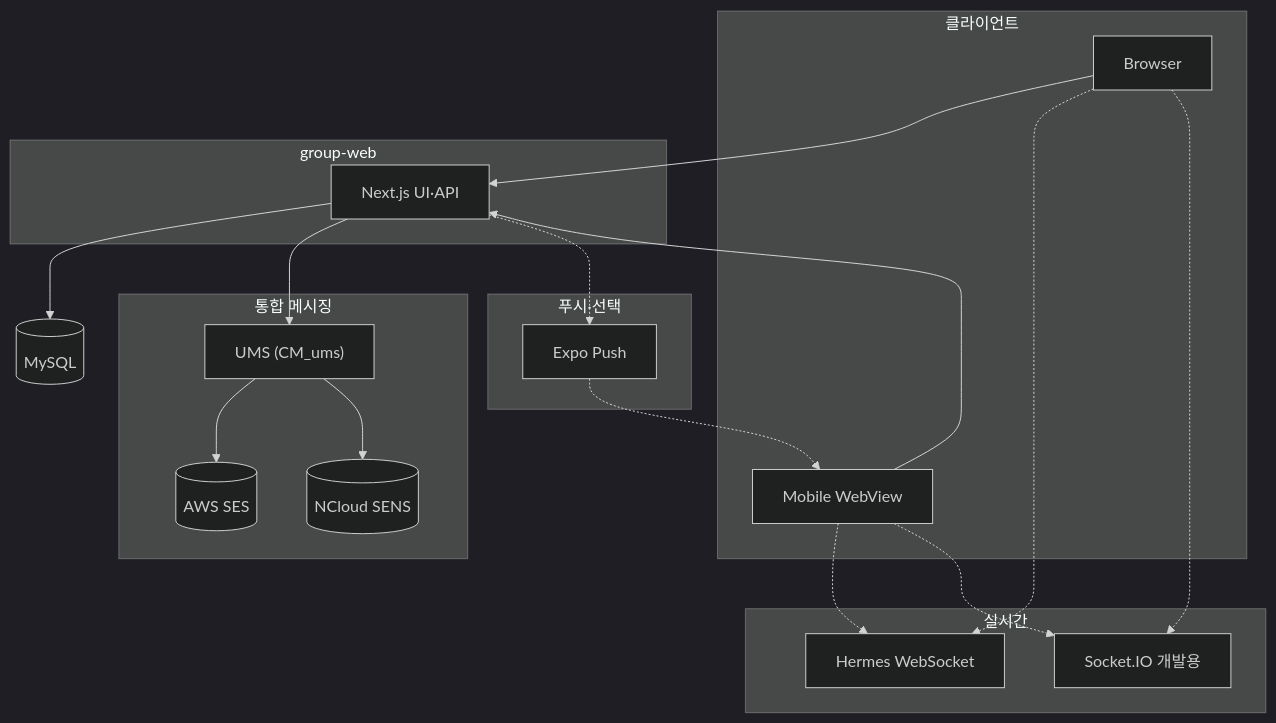
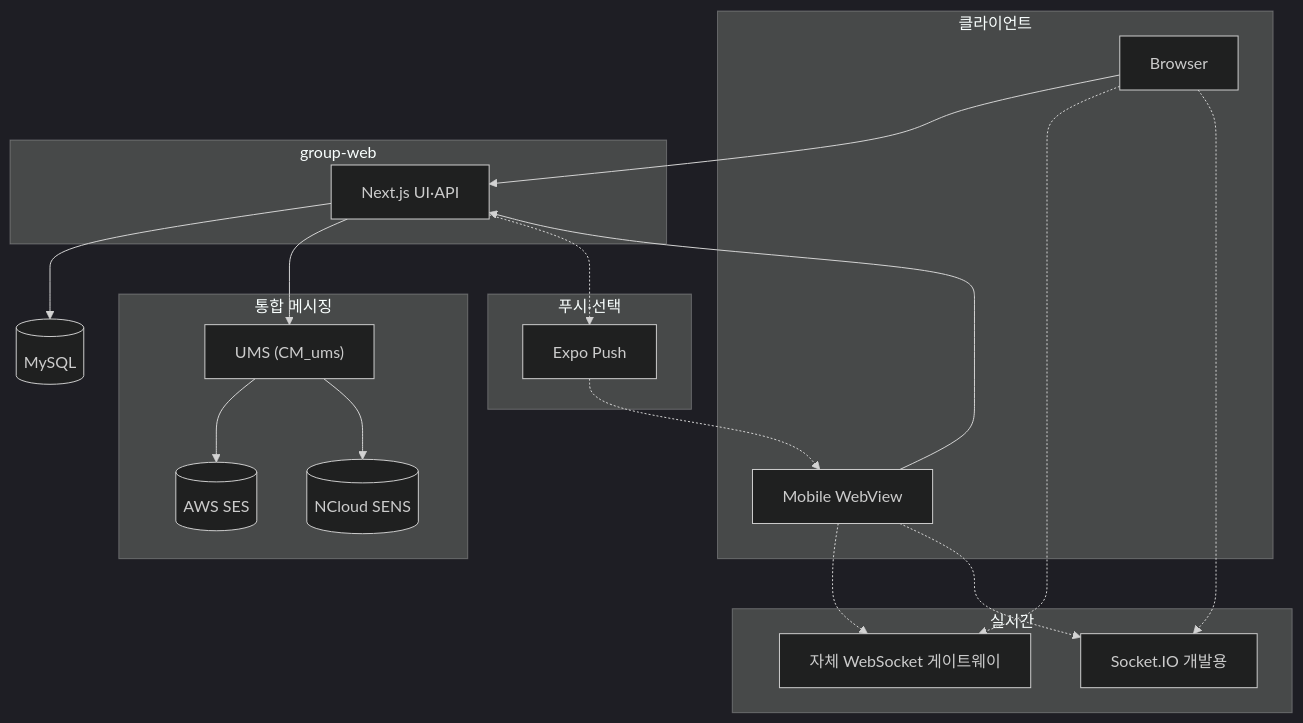
One commit to minhyukwang/minhyukwang changed the first of 5 diagrams in projects/team-collaboration.md. Above: the diagram before and after it, drawn with Mermaid (dark theme). The commit also changed other lines of this file and 3 other files, not shown here.

````diff
--- a/projects/team-collaboration.md
+++ b/projects/team-collaboration.md
@@ -35,35 +35,35 @@
 ```mermaid
 flowchart TB
   subgraph clients [클라이언트]
     Browser[Browser]
     Mobile[Mobile WebView]
   end
   subgraph app [group-web]
     NextJS[Next.js UI·API]
   end
   subgraph rt [실시간]
-    Hermes[Hermes WebSocket]
+    WsGw[자체 WebSocket 게이트웨이]
     Sock[Socket.IO 개발용]
   end
   subgraph umsLayer [통합 메시징]
     UMS["UMS (CM_ums)"]
     SES[(AWS SES)]
     SENS[(NCloud SENS)]
   end
   DB[(MySQL)]
   subgraph pushL [푸시·선택]
     Expo[Expo Push]
   end
   Browser --> NextJS
   Mobile --> NextJS
-  Browser -.-> Hermes
-  Mobile -.-> Hermes
+  Browser -.-> WsGw
+  Mobile -.-> WsGw
   Browser -.-> Sock
   Mobile -.-> Sock
   NextJS --> DB
   NextJS --> UMS
   UMS --> SES
   UMS --> SENS
   NextJS -.-> Expo
   Expo -.-> Mobile
 ```
````
